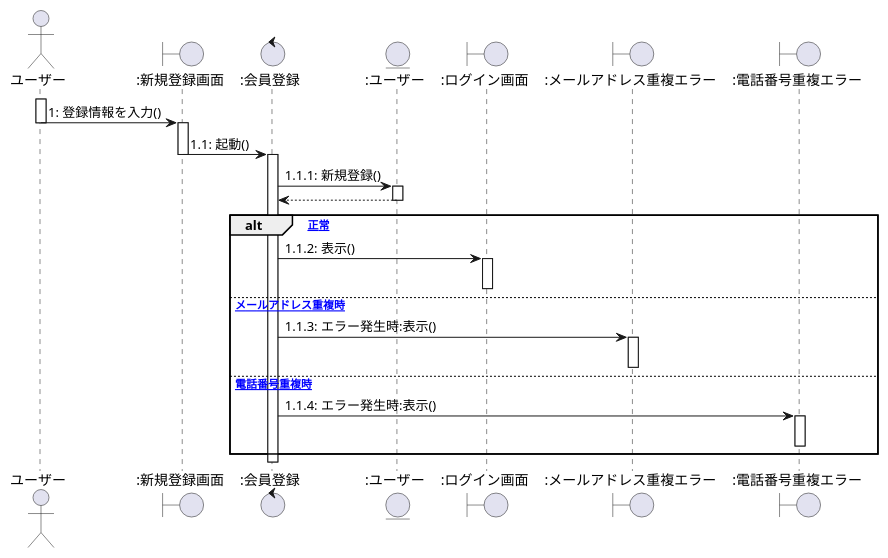
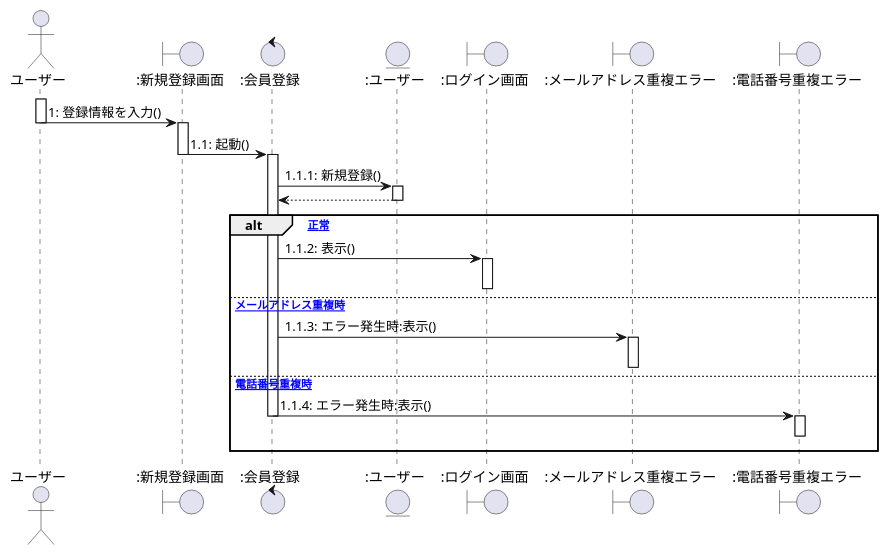
Before and after one commit to ksw2270227/GroupF: the first of 7 diagrams in user1_sequence.plantuml, drawn with PlantUML.

```diff
--- a/user1_sequence.plantuml
+++ b/user1_sequence.plantuml
@@ -1,37 +1,38 @@
 @startuml 新規登録シーケンス図
 
 actor ユーザー as 0
 Boundary ":新規登録画面" as a
 Control ":会員登録" as b
 Entity ":ユーザー" as c
 Boundary ":ログイン画面" as d
 Boundary ":メールアドレス重複エラー" as e
 Boundary ":電話番号重複エラー" as f
 
 activate 0
     0 -> a :1: 登録情報を入力()
 deactivate 0
 activate a
     a -> b :1.1: 起動()
 deactivate a
 activate b
     b -> c :1.1.1: 新規登録()
 activate c
     b <-- c
 deactivate c
 alt [正常]
     b -> d :1.1.2: 表示()
 activate d
 deactivate d
 else [メールアドレス重複時]
     b -> e :1.1.3: エラー発生時:表示()
 activate e
 deactivate e
 else [電話番号重複時]
     b -> f :1.1.4: エラー発生時:表示()
+deactivate b
 activate f
+f -[hidden]-> f
 deactivate f
-deactivate c
 end
 
 @enduml
```
